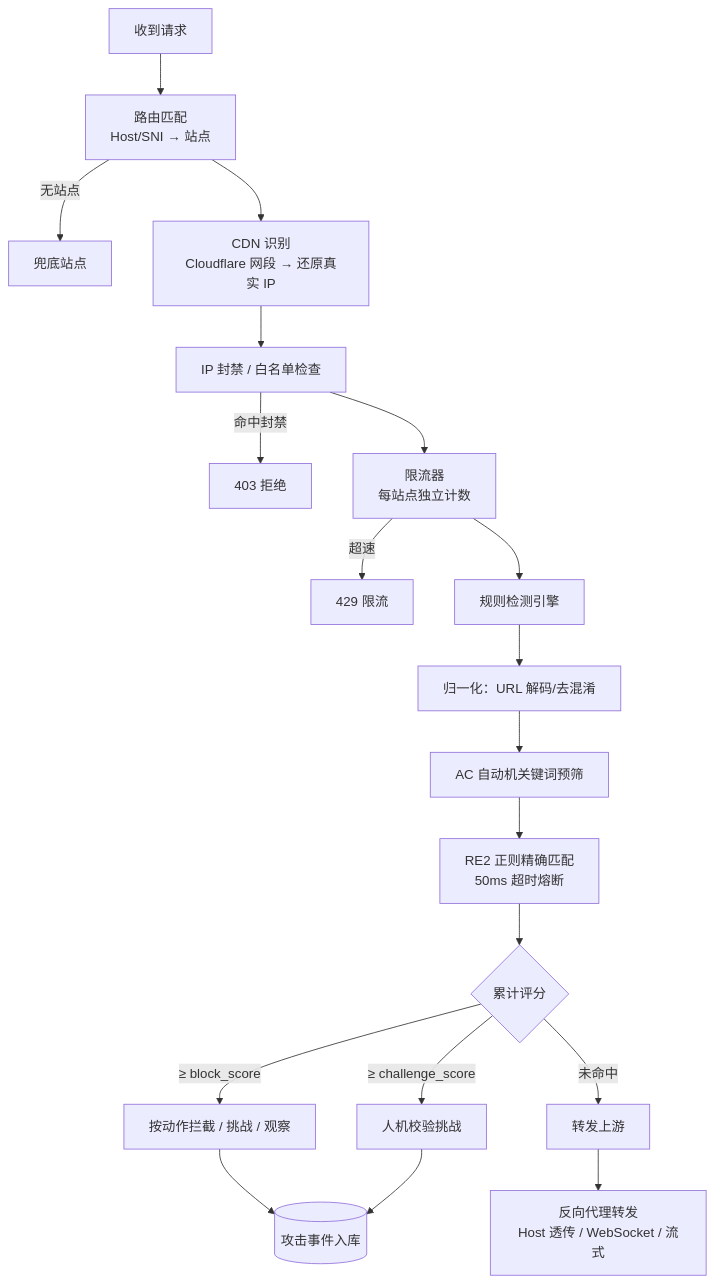
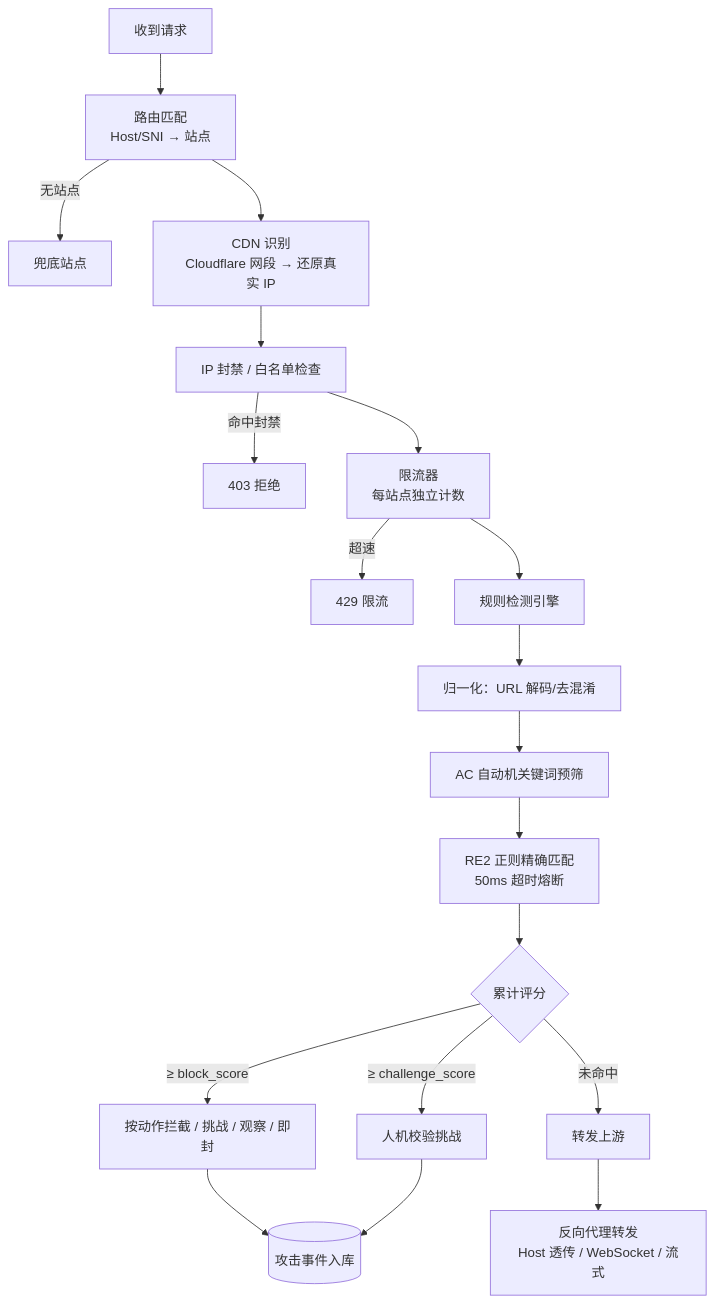
Before and after one commit to xuey490/GoWaf: the second of 3 diagrams in README.md, drawn with Mermaid. The commit also changed other lines of this file, not shown here.

````diff
--- a/README.md
+++ b/README.md
@@ -58,21 +68,21 @@
 ```mermaid
 flowchart TB
     REQ[收到请求] --> R1[路由匹配<br/>Host/SNI → 站点]
     R1 -->|无站点| FB[兜底站点]
     R1 --> G1[CDN 识别<br/>Cloudflare 网段 → 还原真实 IP]
     G1 --> G2[IP 封禁 / 白名单检查]
     G2 -->|命中封禁| BAN[403 拒绝]
     G2 --> G3[限流器<br/>每站点独立计数]
     G3 -->|超速| RATE[429 限流]
     G3 --> D1[规则检测引擎]
     D1 --> D2[归一化：URL 解码/去混淆]
     D2 --> D3[AC 自动机关键词预筛]
     D3 --> D4[RE2 正则精确匹配<br/>50ms 超时熔断]
     D4 --> S1{累计评分}
-    S1 -->|≥ block_score| ACT[按动作拦截 / 挑战 / 观察]
+    S1 -->|≥ block_score| ACT[按动作拦截 / 挑战 / 观察 / 即封]
     S1 -->|≥ challenge_score| CH[人机校验挑战]
     S1 -->|未命中| PASS[转发上游]
     ACT --> LOG[(攻击事件入库)]
     CH --> LOG
     PASS --> UP[反向代理转发<br/>Host 透传 / WebSocket / 流式]
 ```
````
